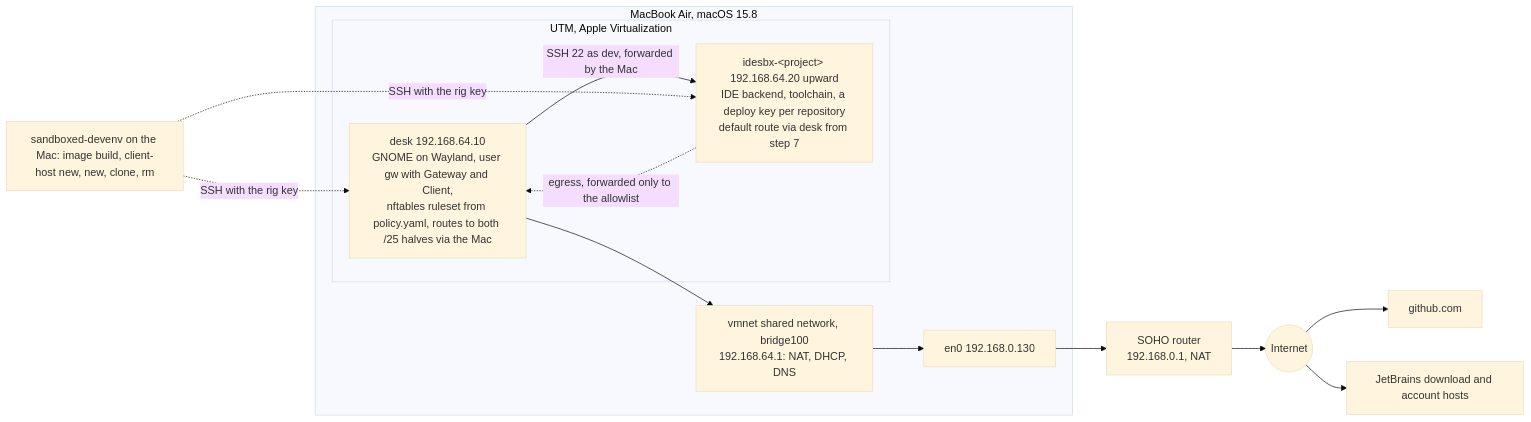
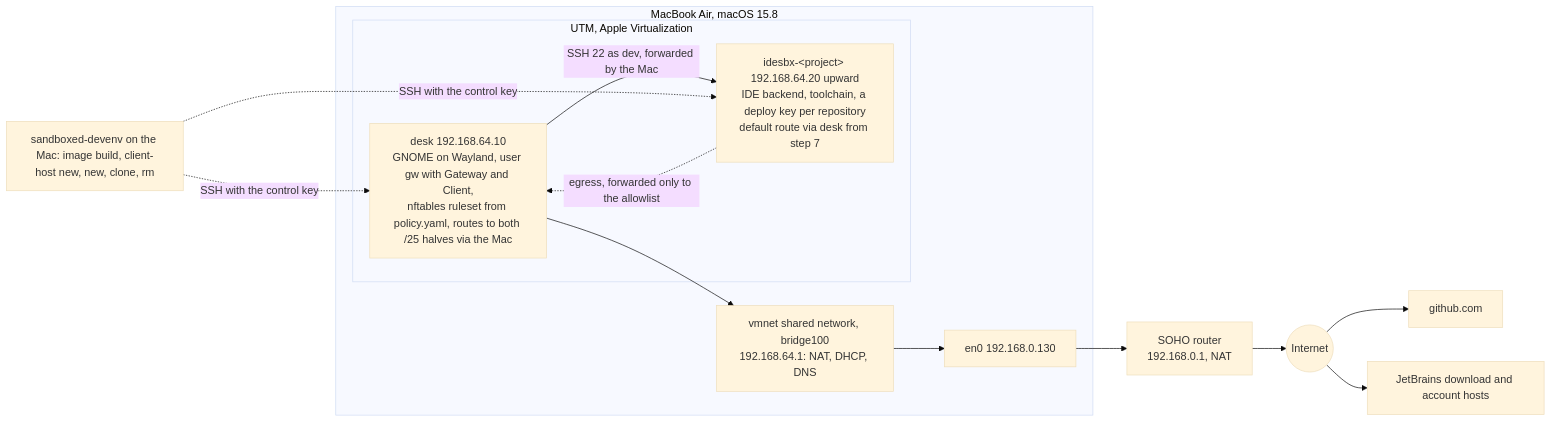
Before and after one commit to jeffsw/sandboxed_devenv: the fourth of 4 diagrams in ide_sandboxing_summary.md, drawn with Mermaid (base theme). The commit also changed other lines of this file and 2 other files, not shown here.

Commit message:
PLAN and summary: the key split and host key pinning done (summary revision 13)

````diff
--- a/ide_sandboxing_summary.md
+++ b/ide_sandboxing_summary.md
@@ -493,23 +495,23 @@
 ```mermaid
 flowchart LR
   inet(("Internet"))
   gh["github.com"]
   jb["JetBrains download and account hosts"]
   rt["SOHO router<br/>192.168.0.1, NAT"]
   subgraph mac["MacBook Air, macOS 15.8"]
     en0["en0 192.168.0.130"]
     vmnet["vmnet shared network, bridge100<br/>192.168.64.1: NAT, DHCP, DNS"]
     subgraph utm["UTM, Apple Virtualization"]
         desk["desk 192.168.64.10<br/>GNOME on Wayland, user gw with Gateway and Client,<br/>nftables ruleset from policy.yaml, routes to both /25 halves via the Mac"]
       be["idesbx-&lt;project&gt; 192.168.64.20 upward<br/>IDE backend, toolchain, a deploy key per repository<br/>default route via desk from step 7"]
     end
   end
   desk -- "SSH 22 as dev, forwarded by the Mac" --> be
   be -. "egress, forwarded only to the allowlist" .-> desk
-  mac_ctl["sandboxed-devenv on the Mac: image build, client-host new, new, clone, rm"] -. "SSH with the rig key" .-> desk
-  mac_ctl -. "SSH with the rig key" .-> be
+  mac_ctl["sandboxed-devenv on the Mac: image build, client-host new, new, clone, rm"] -. "SSH with the control key" .-> desk
+  mac_ctl -. "SSH with the control key" .-> be
   desk --> vmnet
   vmnet --> en0 --> rt --> inet
   inet --> gh
   inet --> jb
 ```
````
